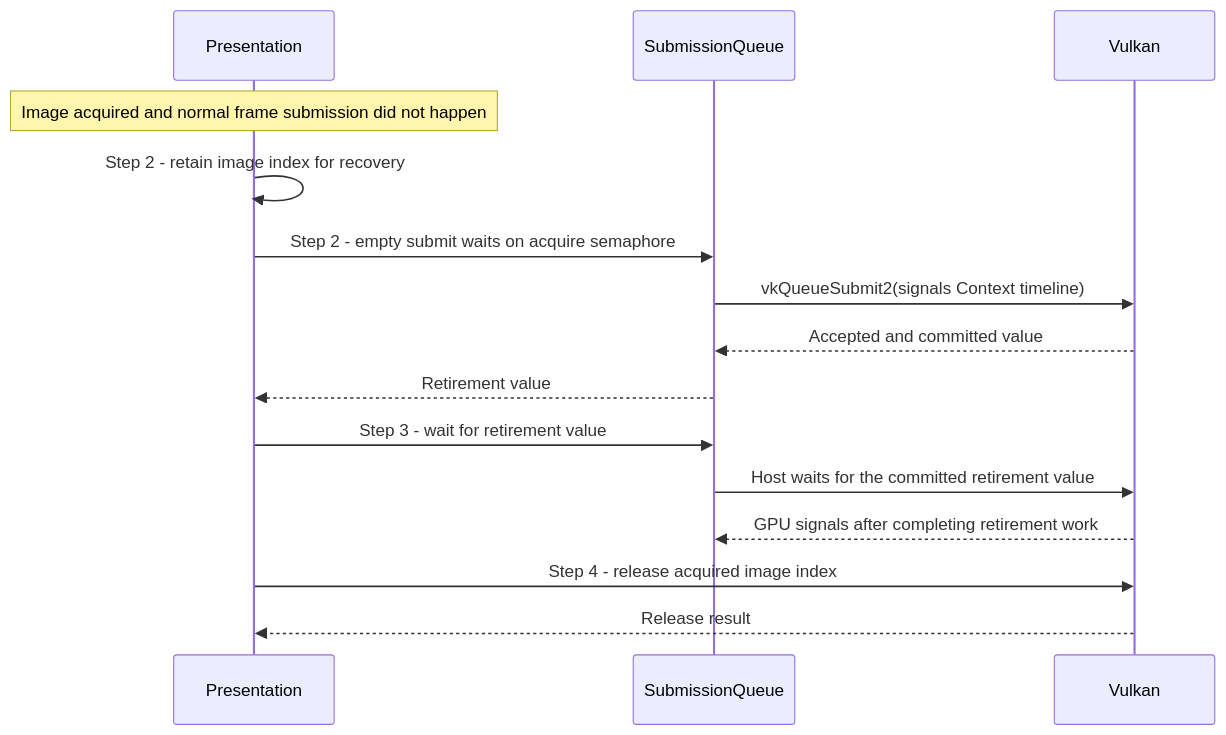
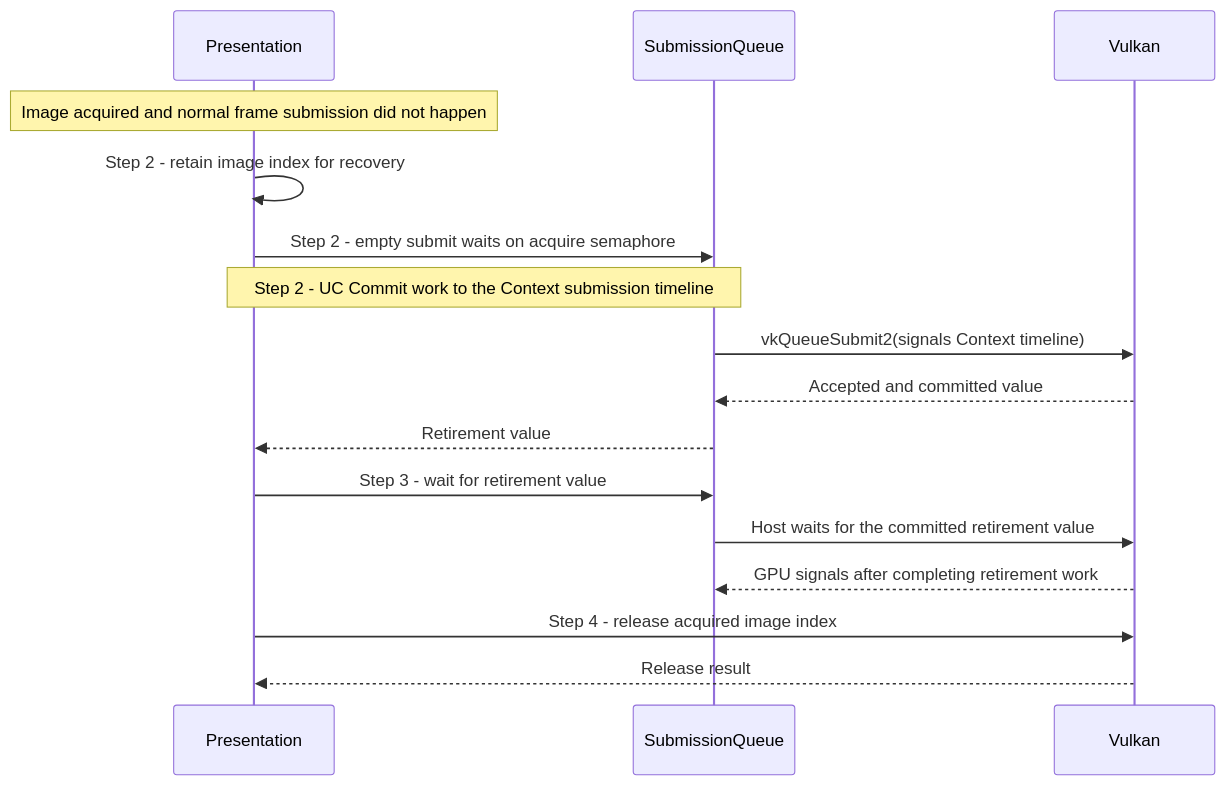
The diagram in docs/use-cases/retire-acquired-image.md (a-soltysik/Panda), drawn with Mermaid before and after one commit. The commit also changed other lines of this file and 23 other files, not shown here.

Commit message:
Align use-case references and document shared upload flows (#82)

````diff
--- a/docs/use-cases/retire-acquired-image.md
+++ b/docs/use-cases/retire-acquired-image.md
@@ -25,17 +27,18 @@
 ```mermaid
 sequenceDiagram
     participant P as Presentation
     participant Q as SubmissionQueue
     participant V as Vulkan
     Note over P: Image acquired and normal frame submission did not happen
     P->>P: Step 2 - retain image index for recovery
     P->>Q: Step 2 - empty submit waits on acquire semaphore
+    Note over P,Q: Step 2 - UC Commit work to the Context submission timeline
     Q->>V: vkQueueSubmit2(signals Context timeline)
     V-->>Q: Accepted and committed value
     Q-->>P: Retirement value
     P->>Q: Step 3 - wait for retirement value
     Q->>V: Host waits for the committed retirement value
     V-->>Q: GPU signals after completing retirement work
     P->>V: Step 4 - release acquired image index
     V-->>P: Release result
 ```
````
